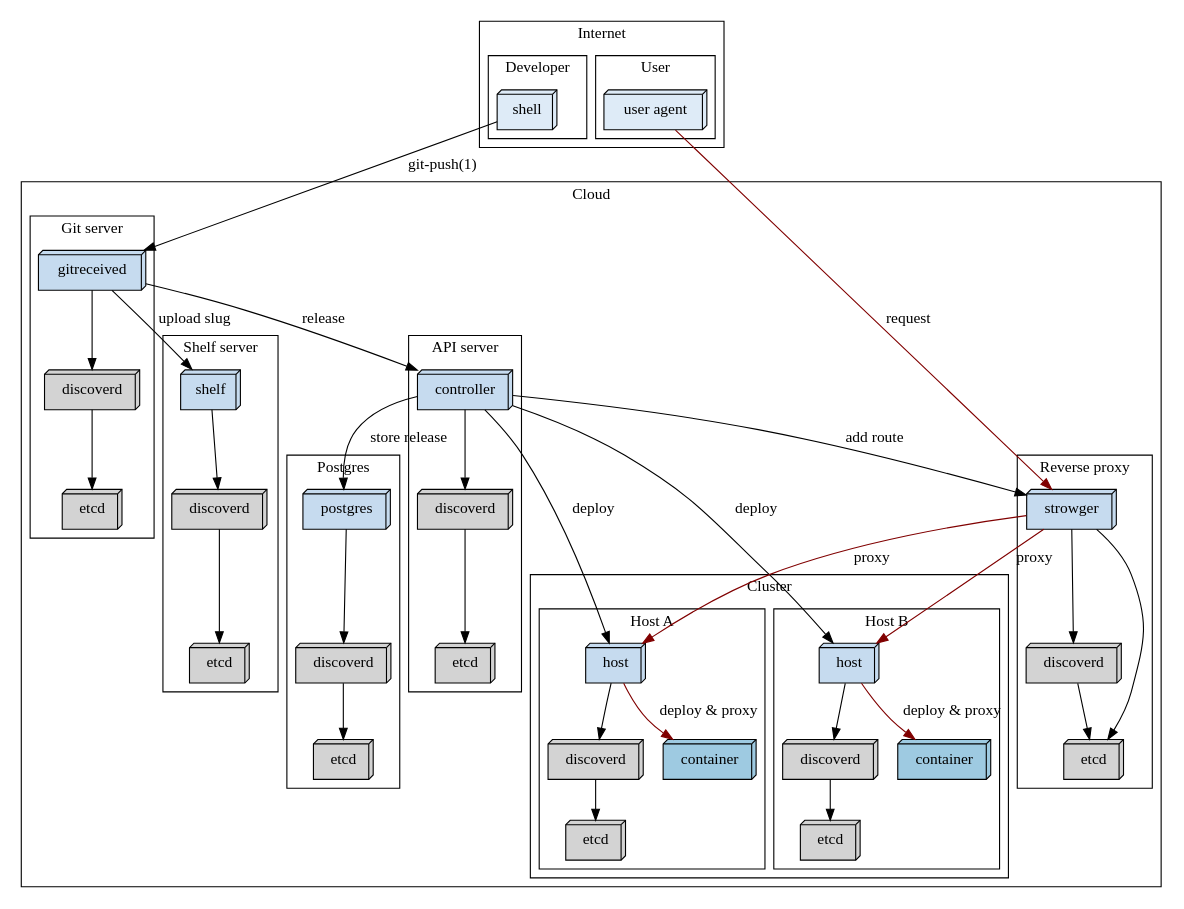
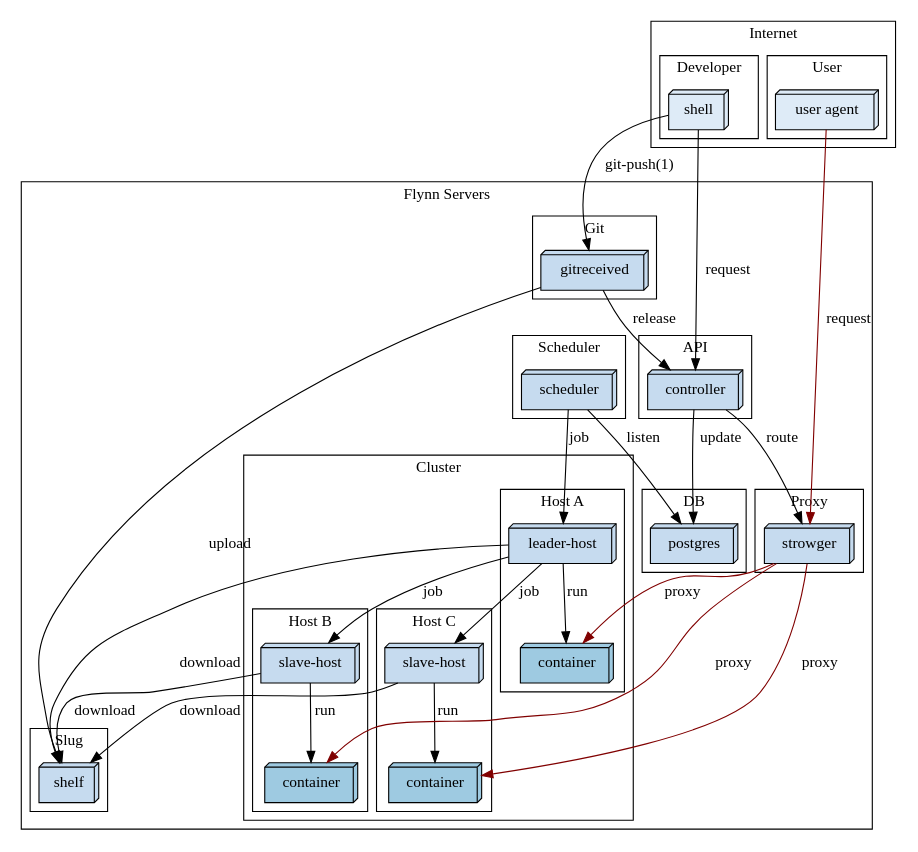
The diagram in images/2014-07-17/flynn-overview.dot (r7kamura/blog), drawn with Graphviz before and after one commit. The commit also changed 3 other files, not shown here.

```diff
--- a/images/2014-07-17/flynn-overview.dot
+++ b/images/2014-07-17/flynn-overview.dot
@@ -1,109 +1,104 @@
 digraph G {
   subgraph cluster0 {
     subgraph cluster0 {
       subgraph cluster0 {
         label="Host A";
         node[shape="box3d",colorscheme="blues8",style="filled"];
-        hostA[fillcolor="3",label="host"];
-        discoverdA[label="discoverd"];
-        etcdA[label="etcd"];
+        hostA[fillcolor="3",label="leader-host"];
         containerA[label="container",fillcolor="4"];
-        hostA -> containerA[color="maroon",label="deploy & proxy"];
-        hostA -> discoverdA;
-        discoverdA -> etcdA;
+        hostA -> containerA[label="run"];
       }
       subgraph cluster1 {
         label="Host B";
         node[shape="box3d",colorscheme="blues8",style="filled"];
-        hostB[fillcolor="3",label="host"];
-        discoverdB[label="discoverd"];
-        etcdB[label="etcd"];
+        hostB[fillcolor="3",label="slave-host"];
         containerB[label="container",fillcolor="4"];
-        hostB -> containerB[color="maroon",label="deploy & proxy"];
-        hostB -> discoverdB;
-        discoverdB -> etcdB;
+        hostB -> containerB[label="run"];
+      }
+      subgraph cluster2 {
+        label="Host C";
+        node[shape="box3d",colorscheme="blues8",style="filled"];
+        hostC[fillcolor="3",label="slave-host"];
+        containerC[label="container",fillcolor="4"];
+        hostC -> containerC[label="run"];
       }
       label="Cluster";
     }
     subgraph cluster1 {
-      label="Git server";
+      label="Git";
       node[shape="box3d",colorscheme="blues8",style="filled"];
       gitreceived[fillcolor="3"];
-      discoverdG[label="discoverd"];
-      etcdG[label="etcd"];
-      gitreceived -> discoverdG;
-      discoverdG -> etcdG;
     }
     subgraph cluster2 {
-      label="Shelf server";
+      label="Slug";
       node[shape="box3d",colorscheme="blues8",style="filled"];
       shelf[fillcolor="3"];
-      discoverdS[label="discoverd"];
-      etcdS[label="etcd"];
-      shelf -> discoverdS;
-      discoverdS -> etcdS;
     }
     subgraph cluster3 {
-      label="API server";
+      label="API";
       node[shape="box3d",colorscheme="blues8",style="filled"];
       controller[fillcolor="3"];
-      discoverdC[label="discoverd"];
-      etcdC[label="etcd"];
-      controller -> discoverdC;
-      discoverdC -> etcdC;
     }
     subgraph cluster4 {
-      label="Reverse proxy";
+      label="Scheduler";
+      node[shape="box3d",colorscheme="blues8",style="filled"];
+      scheduler[fillcolor="3"];
+    }
+    subgraph cluster5 {
+      label="Proxy";
       node[shape="box3d",colorscheme="blues8",style="filled"];
       strowger[fillcolor="3"];
-      discoverdR[label="discoverd"];
-      etcdR[label="etcd"];
-      strowger -> discoverdR;
-      strowger -> etcdR;
-      discoverdR -> etcdR;
     }
-    subgraph cluster5 {
-      label="Postgres";
+    subgraph cluster6 {
+      label="DB";
       node[shape="box3d",colorscheme="blues8",style="filled"];
       postgres[fillcolor="3"];
-      discoverdP[label="discoverd"];
-      etcdP[label="etcd"];
-      postgres -> discoverdP;
-      discoverdP -> etcdP;
     }
-    label="Cloud";
+    label="Flynn Servers";
   }
   subgraph cluster1 {
     subgraph cluster0 {
       label="Developer";
       node[shape="box3d",colorscheme="blues8",style="filled"];
       shell[fillcolor="2",label="shell"];
     }
     subgraph cluster1 {
       label="User";
       node[shape="box3d",colorscheme="blues8",style="filled"];
       userAgent[fillcolor="2",label="user agent"];
     }
     label="Internet";
   }
   node[shape="box3d",colorscheme="blues8",style="filled"];
   shell;
   gitreceived;
+  controller;
   shelf;
-  controller;
   strowger;
   postgres;
+  scheduler;
   hostA;
   hostB;
+  hostC;
   userAgent;
+  containerA;
+  containerB;
+  containerC;
   shell -> gitreceived[label="git-push(1)"];
-  gitreceived -> shelf[label="upload slug"];
+  shell -> controller[label="request"];
+  gitreceived -> shelf[label="upload"];
   gitreceived -> controller[label="release"];
-  controller -> strowger[label="add route"];
-  controller -> postgres[label="store release"];
-  controller -> hostA[label="deploy"];
-  controller -> hostB[label="deploy"];
+  controller -> strowger[label="route"];
+  controller -> postgres[label="update"];
+  scheduler -> postgres[label="listen"];
+  scheduler -> hostA[label="job"];
+  hostA -> hostB[label="job"];
+  hostA -> hostC[label="job"];
   userAgent -> strowger[label="request",color="maroon"];
-  strowger -> hostA[label="proxy",color="maroon"];
-  strowger -> hostB[label="proxy",color="maroon"];
+  strowger -> containerA[label="proxy",color="maroon"];
+  strowger -> containerB[label="proxy",color="maroon"];
+  strowger -> containerC[label="proxy",color="maroon"];
+  hostA -> shelf[label="download"];
+  hostB -> shelf[label="download"];
+  hostC -> shelf[label="download"];
 }
```
